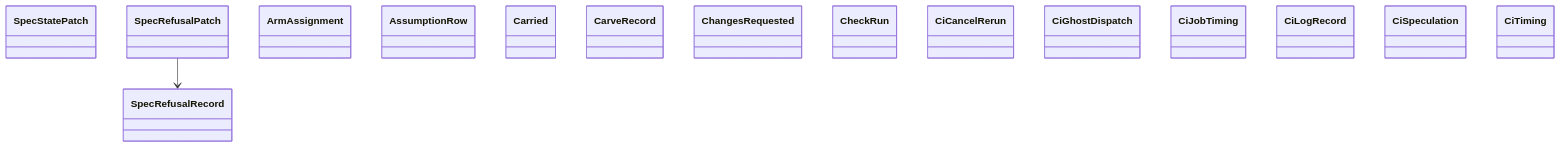
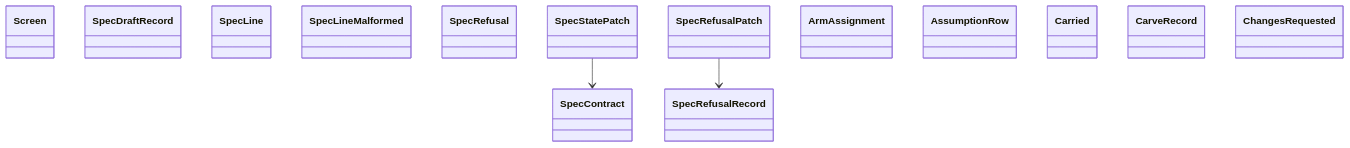
One commit to GonzaloZevallos/agentic-system changed the diagram in docs/architecture/generated/classes-process-domain-state-4.md. Above: the diagram before and after it, drawn with Mermaid. The commit also changed other lines of this file and 38 other files, not shown here.

````diff
--- a/docs/architecture/generated/classes-process-domain-state-4.md
+++ b/docs/architecture/generated/classes-process-domain-state-4.md
@@ -31,19 +32,19 @@
 ```mermaid
 classDiagram
+    class spec_delivery__Screen["Screen"]
+    class spec_delivery__SpecContract["SpecContract"]
+    class spec_delivery__SpecDraftRecord["SpecDraftRecord"]
+    class spec_delivery__SpecLine["SpecLine"]
+    class spec_delivery__SpecLineMalformed["SpecLineMalformed"]
+    class spec_delivery__SpecRefusal["SpecRefusal"]
     class spec_delivery__SpecRefusalRecord["SpecRefusalRecord"]
     class spec_delivery__SpecStatePatch["SpecStatePatch"]
     class spec_route__SpecRefusalPatch["SpecRefusalPatch"]
     class task__ArmAssignment["ArmAssignment"]
     class task__AssumptionRow["AssumptionRow"]
     class task__Carried["Carried"]
     class task__CarveRecord["CarveRecord"]
     class task__ChangesRequested["ChangesRequested"]
-    class task__CheckRun["CheckRun"]
-    class task__CiCancelRerun["CiCancelRerun"]
-    class task__CiGhostDispatch["CiGhostDispatch"]
-    class task__CiJobTiming["CiJobTiming"]
-    class task__CiLogRecord["CiLogRecord"]
-    class task__CiSpeculation["CiSpeculation"]
-    class task__CiTiming["CiTiming"]
+    spec_delivery__SpecStatePatch --> spec_delivery__SpecContract
     spec_route__SpecRefusalPatch --> spec_delivery__SpecRefusalRecord
 ```
````
